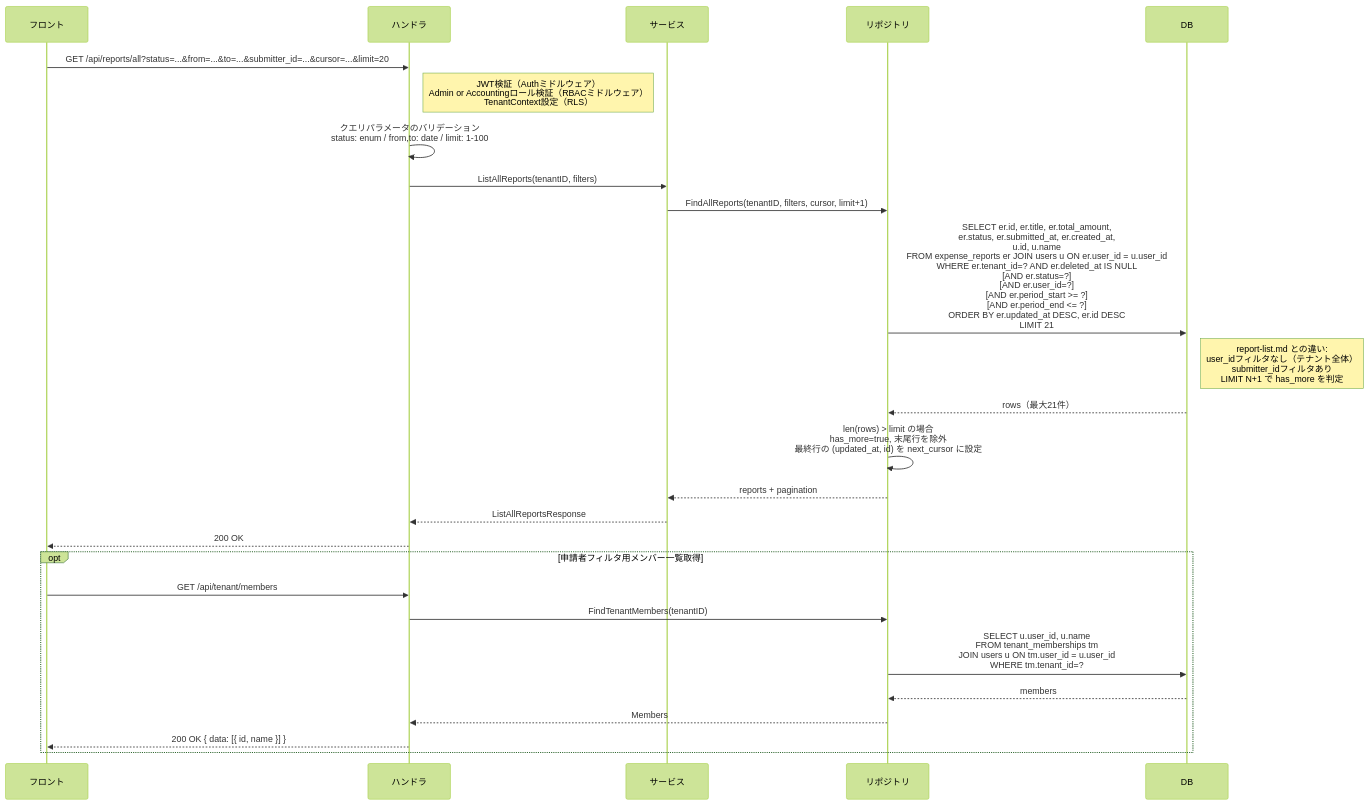
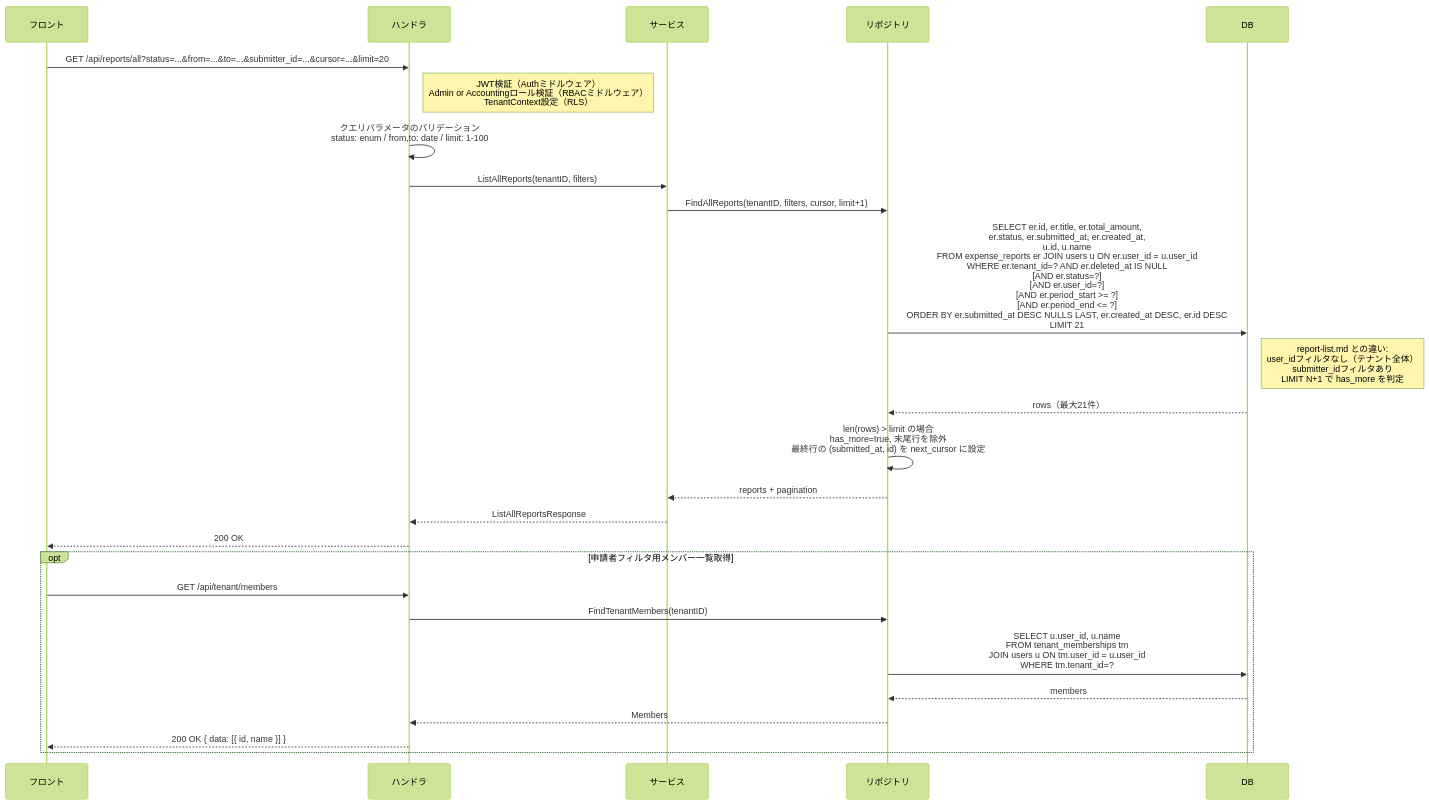
The diagram in deliverables/docs/50_detail_design/screens/admin-all-reports.md (atsuro128/dev-journal), drawn with Mermaid (forest theme) before and after one commit. The commit also changed other lines of this file and 3 other files, not shown here.

````diff
--- a/deliverables/docs/50_detail_design/screens/admin-all-reports.md
+++ b/deliverables/docs/50_detail_design/screens/admin-all-reports.md
@@ -227,30 +227,30 @@
 ```mermaid
 sequenceDiagram
     participant F as フロント
     participant H as ハンドラ
     participant S as サービス
     participant R as リポジトリ
     participant DB as DB
 
     F->>H: GET /api/reports/all?status=...&from=...&to=...&submitter_id=...&cursor=...&limit=20
     Note right of H: JWT検証（Authミドルウェア）<br/>Admin or Accountingロール検証（RBACミドルウェア）<br/>TenantContext設定（RLS）
     H->>H: クエリパラメータのバリデーション<br/>status: enum / from,to: date / limit: 1-100
     H->>S: ListAllReports(tenantID, filters)
     S->>R: FindAllReports(tenantID, filters, cursor, limit+1)
-    R->>DB: SELECT er.id, er.title, er.total_amount,<br/>er.status, er.submitted_at, er.created_at,<br/>u.id, u.name<br/>FROM expense_reports er JOIN users u ON er.user_id = u.user_id<br/>WHERE er.tenant_id=? AND er.deleted_at IS NULL<br/>[AND er.status=?]<br/>[AND er.user_id=?]<br/>[AND er.period_start >= ?]<br/>[AND er.period_end <= ?]<br/>ORDER BY er.updated_at DESC, er.id DESC<br/>LIMIT 21
+    R->>DB: SELECT er.id, er.title, er.total_amount,<br/>er.status, er.submitted_at, er.created_at,<br/>u.id, u.name<br/>FROM expense_reports er JOIN users u ON er.user_id = u.user_id<br/>WHERE er.tenant_id=? AND er.deleted_at IS NULL<br/>[AND er.status=?]<br/>[AND er.user_id=?]<br/>[AND er.period_start >= ?]<br/>[AND er.period_end <= ?]<br/>ORDER BY er.submitted_at DESC NULLS LAST, er.created_at DESC, er.id DESC<br/>LIMIT 21
     Note right of DB: report-list.md との違い:<br/>user_idフィルタなし（テナント全体）<br/>submitter_idフィルタあり<br/>LIMIT N+1 で has_more を判定
     DB-->>R: rows（最大21件）
-    R->>R: len(rows) > limit の場合<br/>has_more=true, 末尾行を除外<br/>最終行の (updated_at, id) を next_cursor に設定
+    R->>R: len(rows) > limit の場合<br/>has_more=true, 末尾行を除外<br/>最終行の (submitted_at, id) を next_cursor に設定
     R-->>S: reports + pagination
     S-->>H: ListAllReportsResponse
     H-->>F: 200 OK
 
     opt 申請者フィルタ用メンバー一覧取得
         F->>H: GET /api/tenant/members
         H->>R: FindTenantMembers(tenantID)
         R->>DB: SELECT u.user_id, u.name<br/>FROM tenant_memberships tm<br/>JOIN users u ON tm.user_id = u.user_id<br/>WHERE tm.tenant_id=?
         DB-->>R: members
         R-->>H: Members
         H-->>F: 200 OK { data: [{ id, name }] }
     end
 ```
````
